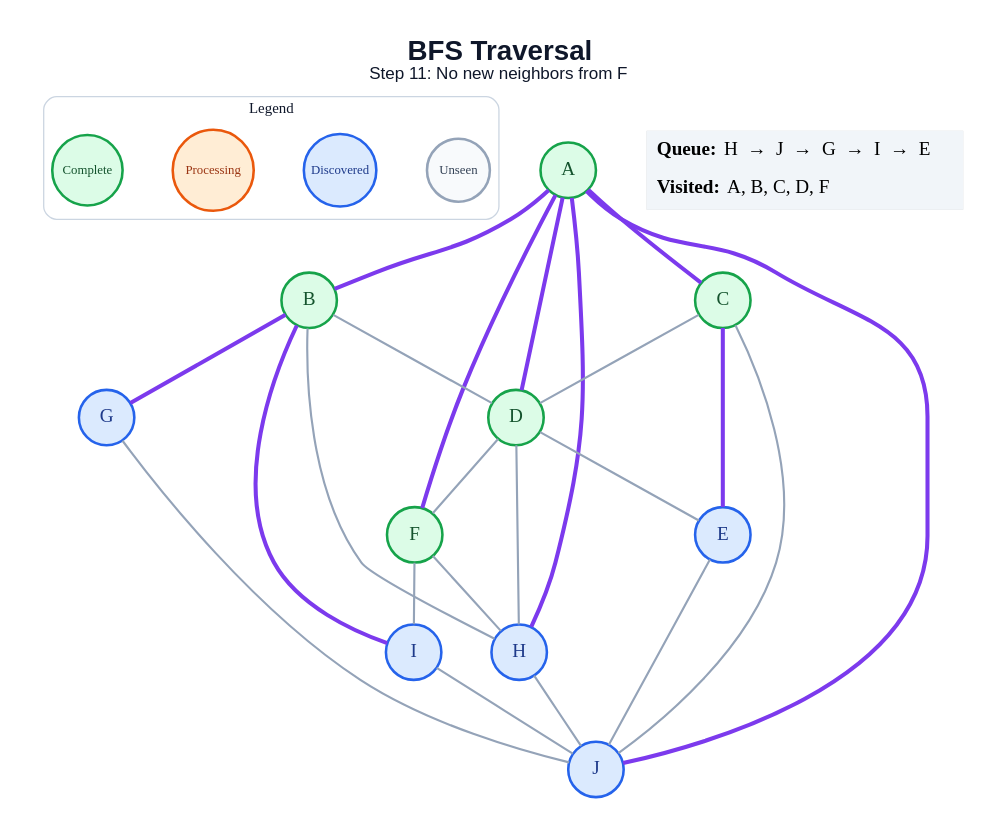
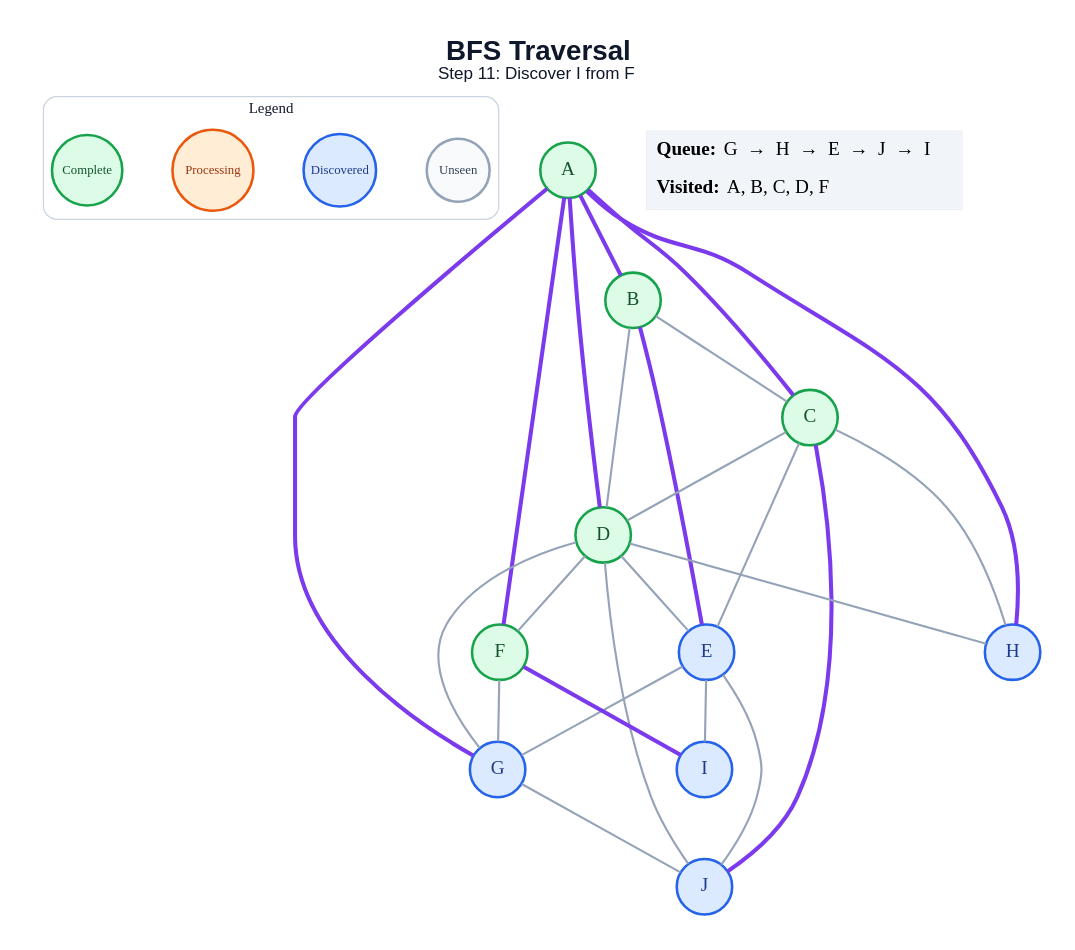
One commit to amanghodawala9/ai-slop changed the diagram in generated/bfs/step_11.dot. Above: the diagram before and after it, drawn with Graphviz. The commit also changed 178 other files, not shown here.

```diff
--- a/generated/bfs/step_11.dot
+++ b/generated/bfs/step_11.dot
@@ -1,51 +1,53 @@
 graph traversal {
   graph [layout=dot, rankdir=TB, bgcolor="#FFFFFF", pad="0.35", nodesep="0.65", ranksep="0.8", fontname="Arial"];
   node [shape=circle, style="filled", fontname="Arial Bold", fontsize=18, width=0.72, fixedsize=true, penwidth=2.4];
   edge [color="#94A3B8", penwidth=2.0];
-  label=<<B>BFS Traversal</B><BR/><FONT POINT-SIZE="16">Step 11: No new neighbors from F</FONT>>; labelloc="t"; fontsize=26; fontname="Arial"; fontcolor="#0F172A";
+  label=<<B>BFS Traversal</B><BR/><FONT POINT-SIZE="16">Step 11: Discover I from F</FONT>>; labelloc="t"; fontsize=26; fontname="Arial"; fontcolor="#0F172A";
   subgraph cluster_legend { label="Legend"; color="#CBD5E1"; penwidth=1.2; style="rounded"; fontsize=14; fontname="Arial Bold";
     key_unseen [label="Unseen", fillcolor="#F8FAFC", color="#94A3B8", fontcolor="#334155", fontsize=12, width=0.82];
     key_frontier [label="Discovered", fillcolor="#DBEAFE", color="#2563EB", fontcolor="#1E3A8A", fontsize=12, width=0.95];
     key_current [label="Processing", fillcolor="#FFEDD5", color="#EA580C", fontcolor="#9A3412", fontsize=12, width=1.05];
     key_done [label="Complete", fillcolor="#DCFCE7", color="#16A34A", fontcolor="#14532D", fontsize=12, width=0.92];
     { rank=same; key_unseen; key_frontier; key_current; key_done; }
   }
   A [fillcolor="#DCFCE7", color="#16A34A", fontcolor="#14532D"];
   B [fillcolor="#DCFCE7", color="#16A34A", fontcolor="#14532D"];
   C [fillcolor="#DCFCE7", color="#16A34A", fontcolor="#14532D"];
   D [fillcolor="#DCFCE7", color="#16A34A", fontcolor="#14532D"];
   E [fillcolor="#DBEAFE", color="#2563EB", fontcolor="#1E3A8A"];
   F [fillcolor="#DCFCE7", color="#16A34A", fontcolor="#14532D"];
   G [fillcolor="#DBEAFE", color="#2563EB", fontcolor="#1E3A8A"];
   H [fillcolor="#DBEAFE", color="#2563EB", fontcolor="#1E3A8A"];
   I [fillcolor="#DBEAFE", color="#2563EB", fontcolor="#1E3A8A"];
   J [fillcolor="#DBEAFE", color="#2563EB", fontcolor="#1E3A8A"];
   A -- B [color="#7C3AED", penwidth=3.8];
   A -- C [color="#7C3AED", penwidth=3.8];
   A -- D [color="#7C3AED", penwidth=3.8];
   A -- F [color="#7C3AED", penwidth=3.8];
+  A -- G [color="#7C3AED", penwidth=3.8];
   A -- H [color="#7C3AED", penwidth=3.8];
-  A -- J [color="#7C3AED", penwidth=3.8];
+  B -- C;
   B -- D;
-  B -- G [color="#7C3AED", penwidth=3.8];
-  B -- H;
-  B -- I [color="#7C3AED", penwidth=3.8];
+  B -- E [color="#7C3AED", penwidth=3.8];
   C -- D;
-  C -- E [color="#7C3AED", penwidth=3.8];
-  C -- J;
+  C -- E;
+  C -- H;
+  C -- J [color="#7C3AED", penwidth=3.8];
   D -- E;
   D -- F;
+  D -- G;
   D -- H;
+  D -- J;
+  E -- G;
+  E -- I;
   E -- J;
-  F -- H;
-  F -- I;
+  F -- G;
+  F -- I [color="#7C3AED", penwidth=3.8];
   G -- J;
-  H -- J;
-  I -- J;
   status [shape=plain, fixedsize=false, width=0, height=0, margin=0, label=<
     <TABLE BORDER="0" CELLBORDER="0" CELLPADDING="7" BGCOLOR="#F1F5F9">
-      <TR><TD ALIGN="LEFT"><B>Queue:</B> H  →  J  →  G  →  I  →  E</TD></TR>
+      <TR><TD ALIGN="LEFT"><B>Queue:</B> G  →  H  →  E  →  J  →  I</TD></TR>
       <TR><TD ALIGN="LEFT"><B>Visited:</B> A, B, C, D, F</TD></TR>
     </TABLE>
   >];
 }
```
